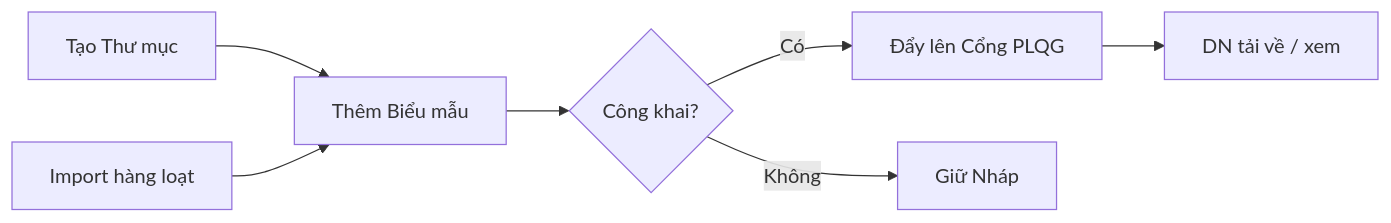
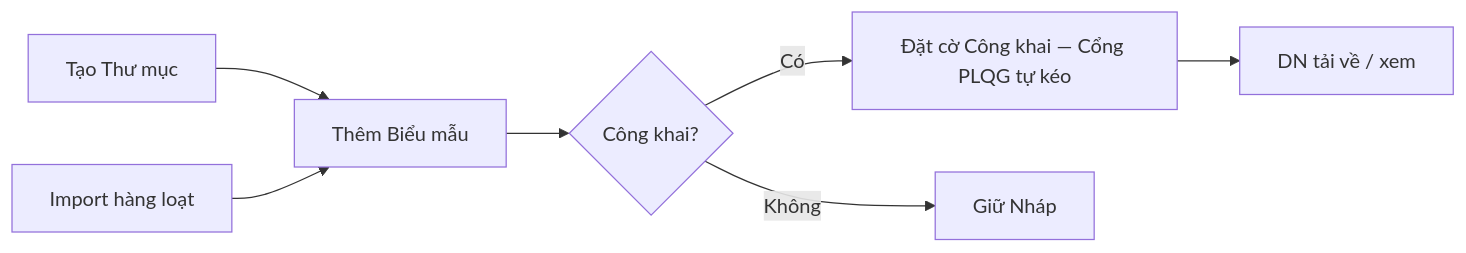
Before and after one commit to huongttt-0209/PM-HTPLDN: the first of 3 diagrams in input/srs-update-2026-5-5/srs-fr-09-bieu-mau.md, drawn with Mermaid. The commit also changed other lines of this file and 48 other files, not shown here.

First line of the commit message:
Cập nhật quy trình QA, flow verify, SRS tham chiếu và .gitignore

````diff
--- a/input/srs-update-2026-5-5/srs-fr-09-bieu-mau.md
+++ b/input/srs-update-2026-5-5/srs-fr-09-bieu-mau.md
@@ -40,9 +40,9 @@
 ```mermaid
 graph LR
     A[Tạo Thư mục] --> B[Thêm Biểu mẫu]
     B --> C{Công khai?}
-    C -->|Có| D[Đẩy lên Cổng PLQG]
+    C -->|Có| D[Đặt cờ Công khai — Cổng PLQG tự kéo]
     C -->|Không| E[Giữ Nháp]
     D --> F[DN tải về / xem]
     G[Import hàng loạt] --> B
 ```
````
